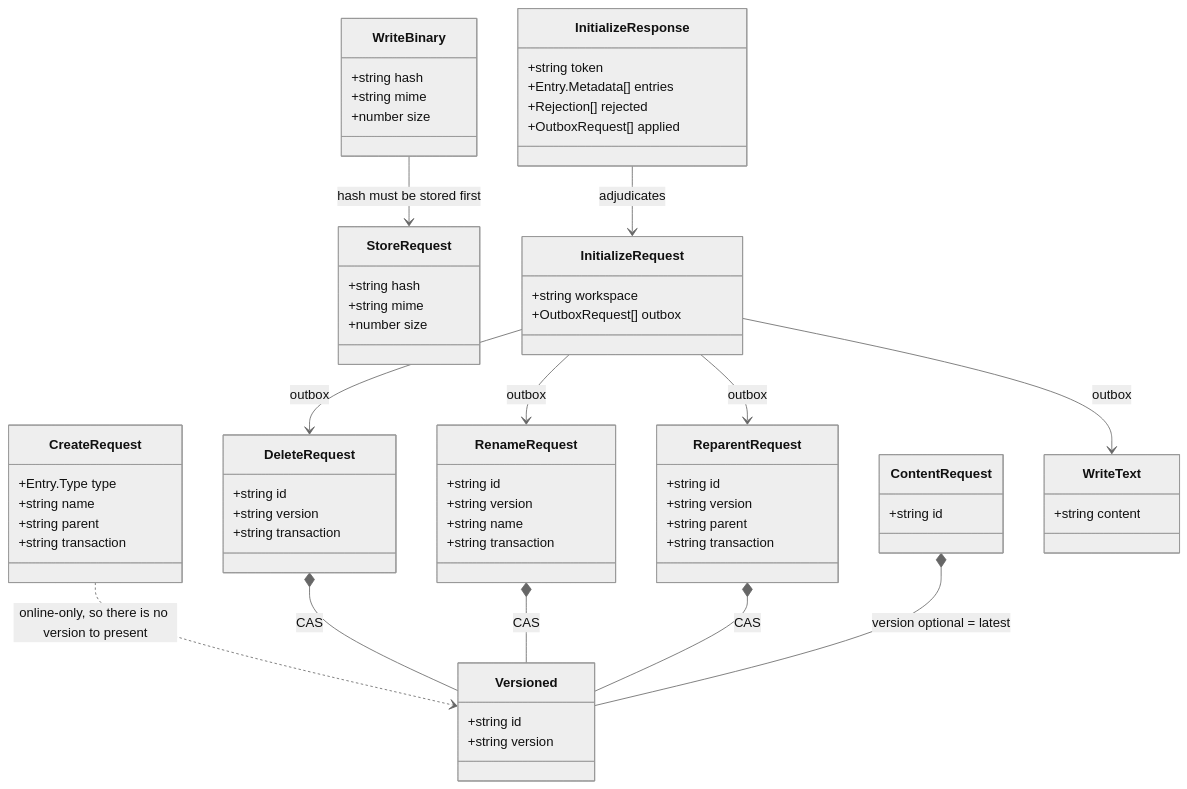
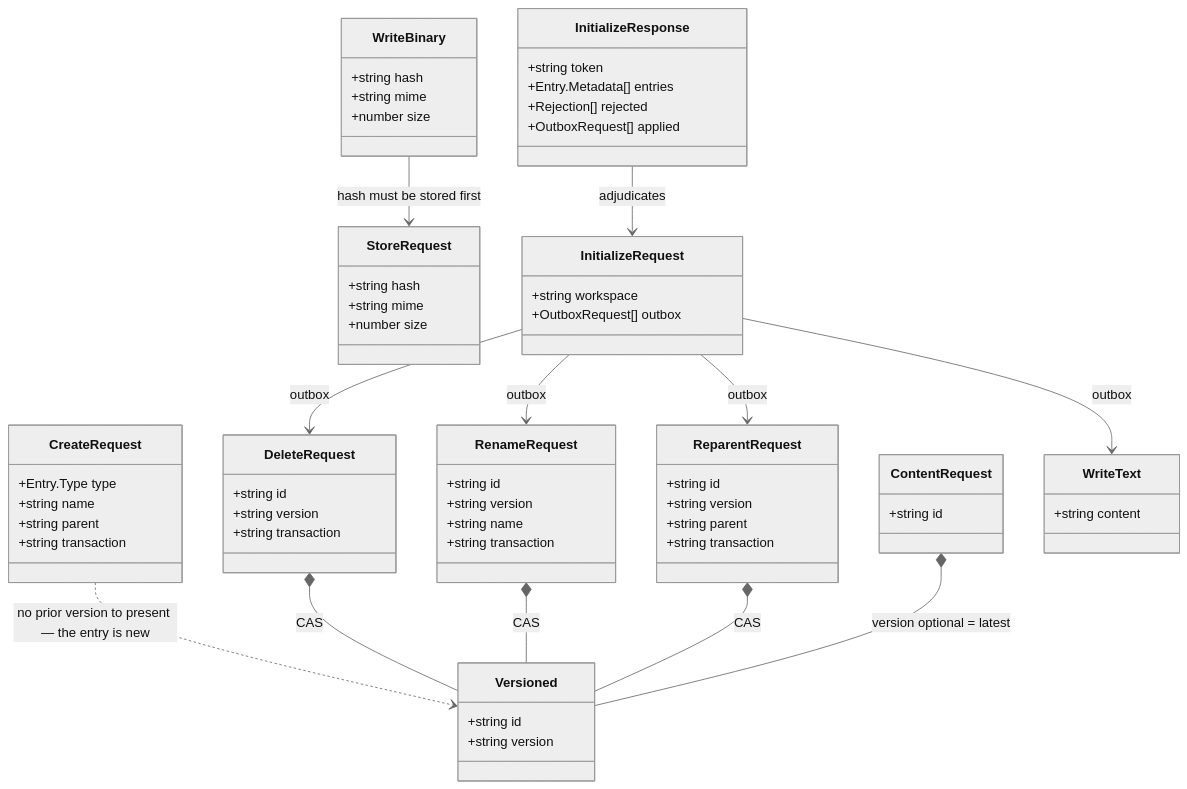
Diagram 12 of 18 in docs/ARCHITECTURE.md (pmalacho-mit/wsfs_suede), drawn with Mermaid (neutral theme) before and after one commit. The commit also changed other lines of this file and 69 other files, not shown here.

````diff
--- a/docs/ARCHITECTURE.md
+++ b/docs/ARCHITECTURE.md
@@ -582,67 +617,67 @@
 ```mermaid
 classDiagram
     class CreateRequest {
         +Entry.Type type
         +string name
         +string parent
         +string transaction
     }
     class Versioned {
         +string id
         +string version
     }
     class DeleteRequest {
         +string id
         +string version
         +string transaction
     }
     class RenameRequest {
         +string id
         +string version
         +string name
         +string transaction
     }
     class ReparentRequest {
         +string id
         +string version
         +string parent
         +string transaction
     }
     class ContentRequest {
         +string id
     }
     class StoreRequest {
         +string hash
         +string mime
         +number size
     }
     class WriteText {
         +string content
     }
     class WriteBinary {
         +string hash
         +string mime
         +number size
     }
     class InitializeRequest {
         +string workspace
         +OutboxRequest[] outbox
     }
     class InitializeResponse {
         +string token
         +Entry.Metadata[] entries
         +Rejection[] rejected
         +OutboxRequest[] applied
     }
-    CreateRequest ..> Versioned : online-only, so there is no version to present
+    CreateRequest ..> Versioned : no prior version to present — the entry is new
     DeleteRequest *-- Versioned : CAS
     RenameRequest *-- Versioned : CAS
     ReparentRequest *-- Versioned : CAS
     ContentRequest *-- Versioned : version optional = latest
     WriteBinary --> StoreRequest : hash must be stored first
     InitializeRequest --> DeleteRequest : outbox
     InitializeRequest --> RenameRequest : outbox
     InitializeRequest --> ReparentRequest : outbox
     InitializeRequest --> WriteText : outbox
     InitializeResponse --> InitializeRequest : adjudicates
 ```
````
